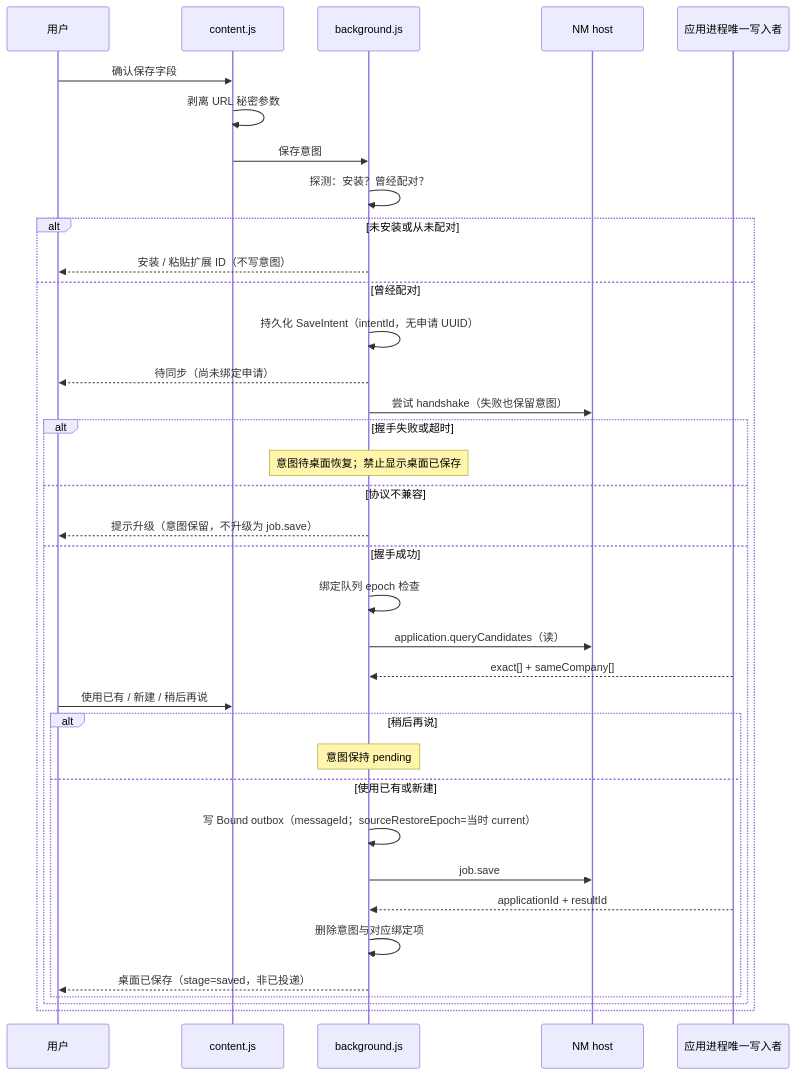
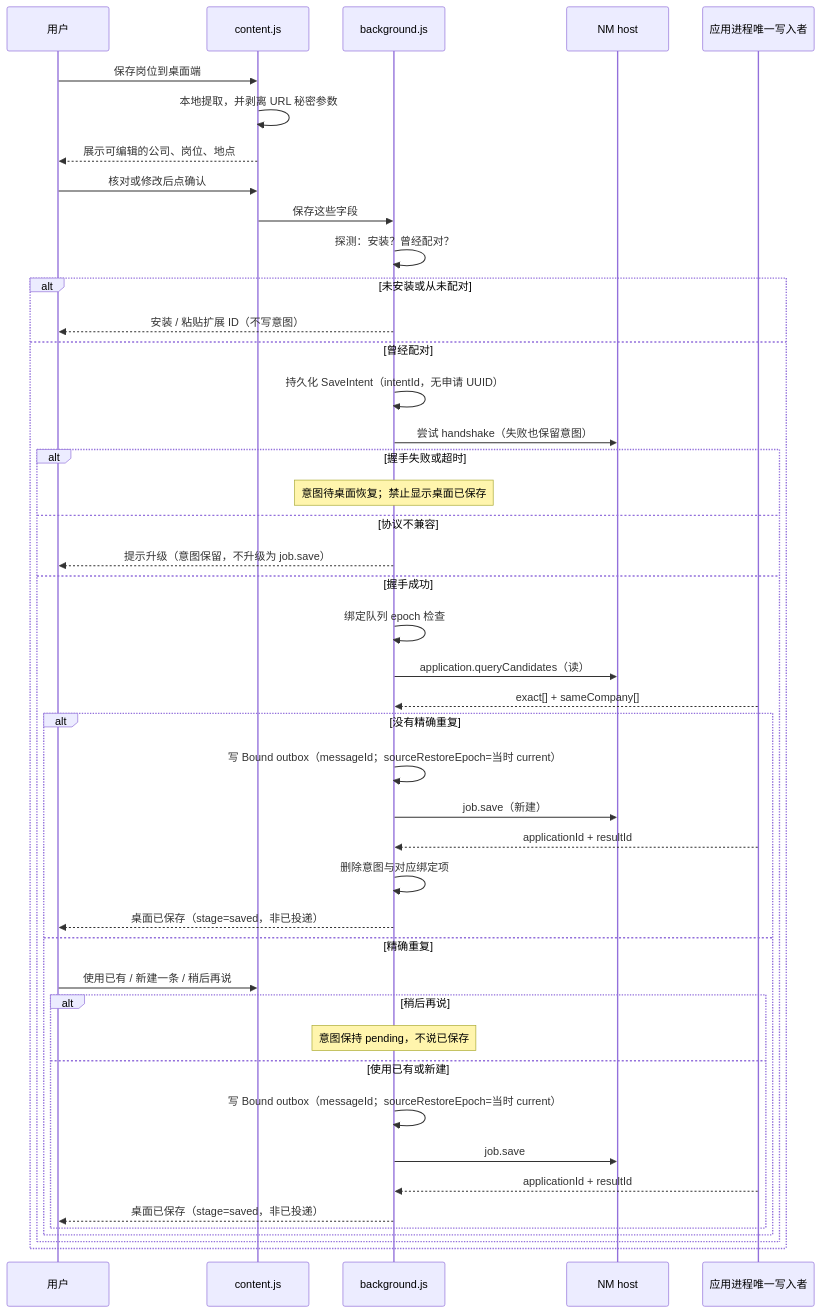
One commit to TshyGO/resume-form-assistant-plugin changed the first of 3 diagrams in docs/desktop-mvp/product-requirements.md. Above: the diagram before and after it, drawn with Mermaid. The commit also changed other lines of this file and 27 other files, not shown here.

````diff
--- a/docs/desktop-mvp/product-requirements.md
+++ b/docs/desktop-mvp/product-requirements.md
@@ -156,38 +156,46 @@
 ```mermaid
 sequenceDiagram
   participant U as 用户
   participant CS as content.js
   participant SW as background.js
   participant H as NM host
   participant APP as 应用进程唯一写入者
-  U->>CS: 确认保存字段
-  CS->>CS: 剥离 URL 秘密参数
-  CS->>SW: 保存意图
+  U->>CS: 保存岗位到桌面端
+  CS->>CS: 本地提取，并剥离 URL 秘密参数
+  CS-->>U: 展示可编辑的公司、岗位、地点
+  U->>CS: 核对或修改后点确认
+  CS->>SW: 保存这些字段
   SW->>SW: 探测：安装？曾经配对？
   alt 未安装或从未配对
     SW-->>U: 安装 / 粘贴扩展 ID（不写意图）
   else 曾经配对
     SW->>SW: 持久化 SaveIntent（intentId，无申请 UUID）
-    SW-->>U: 待同步（尚未绑定申请）
     SW->>H: 尝试 handshake（失败也保留意图）
     alt 握手失败或超时
       Note over SW: 意图待桌面恢复；禁止显示桌面已保存
     else 协议不兼容
       SW-->>U: 提示升级（意图保留，不升级为 job.save）
     else 握手成功
       SW->>SW: 绑定队列 epoch 检查
       SW->>H: application.queryCandidates（读）
       APP-->>SW: exact[] + sameCompany[]
-      U->>CS: 使用已有 / 新建 / 稍后再说
-      alt 稍后再说
-        Note over SW: 意图保持 pending
-      else 使用已有或新建
+      alt 没有精确重复
         SW->>SW: 写 Bound outbox（messageId；sourceRestoreEpoch=当时 current）
-        SW->>H: job.save
+        SW->>H: job.save（新建）
         APP-->>SW: applicationId + resultId
         SW->>SW: 删除意图与对应绑定项
         SW-->>U: 桌面已保存（stage=saved，非已投递）
+      else 精确重复
+        U->>CS: 使用已有 / 新建一条 / 稍后再说
+        alt 稍后再说
+          Note over SW: 意图保持 pending，不说已保存
+        else 使用已有或新建
+          SW->>SW: 写 Bound outbox（messageId；sourceRestoreEpoch=当时 current）
+          SW->>H: job.save
+          APP-->>SW: applicationId + resultId
+          SW-->>U: 桌面已保存（stage=saved，非已投递）
+        end
       end
     end
   end
 ```
````
